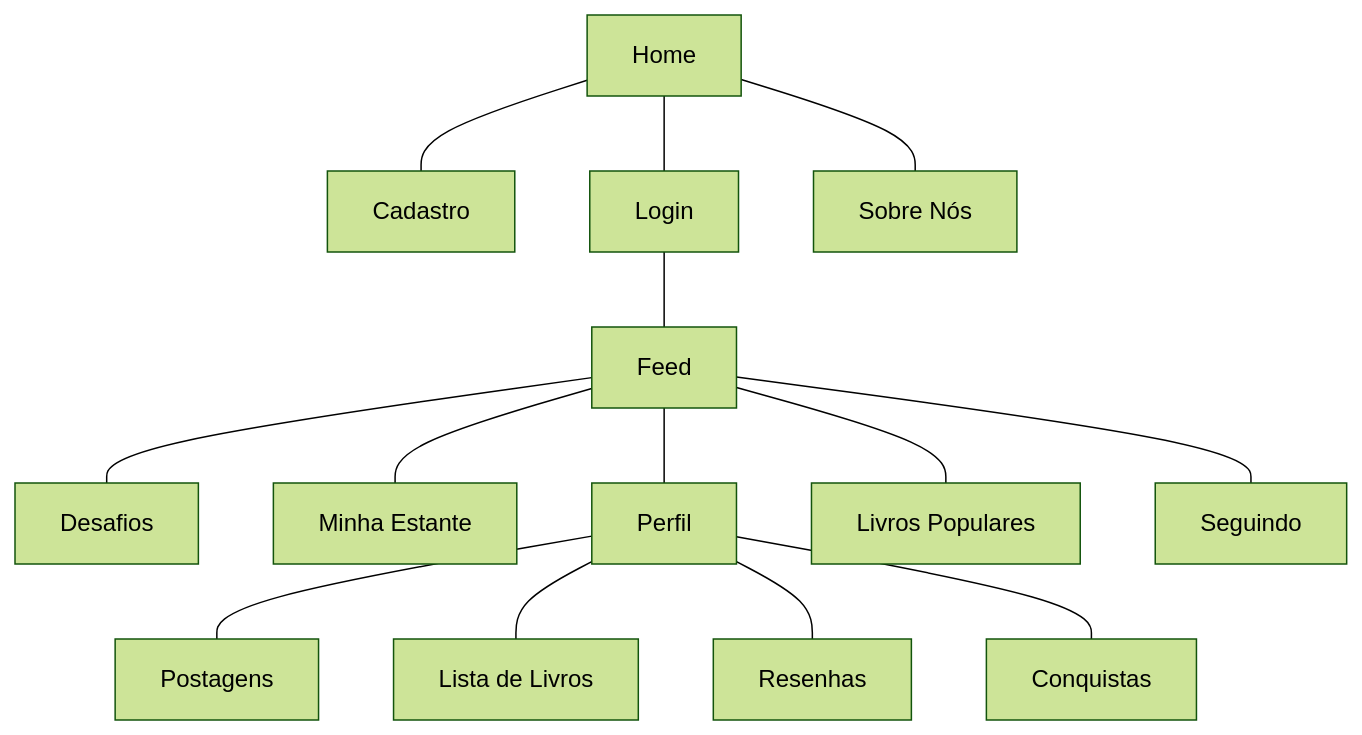
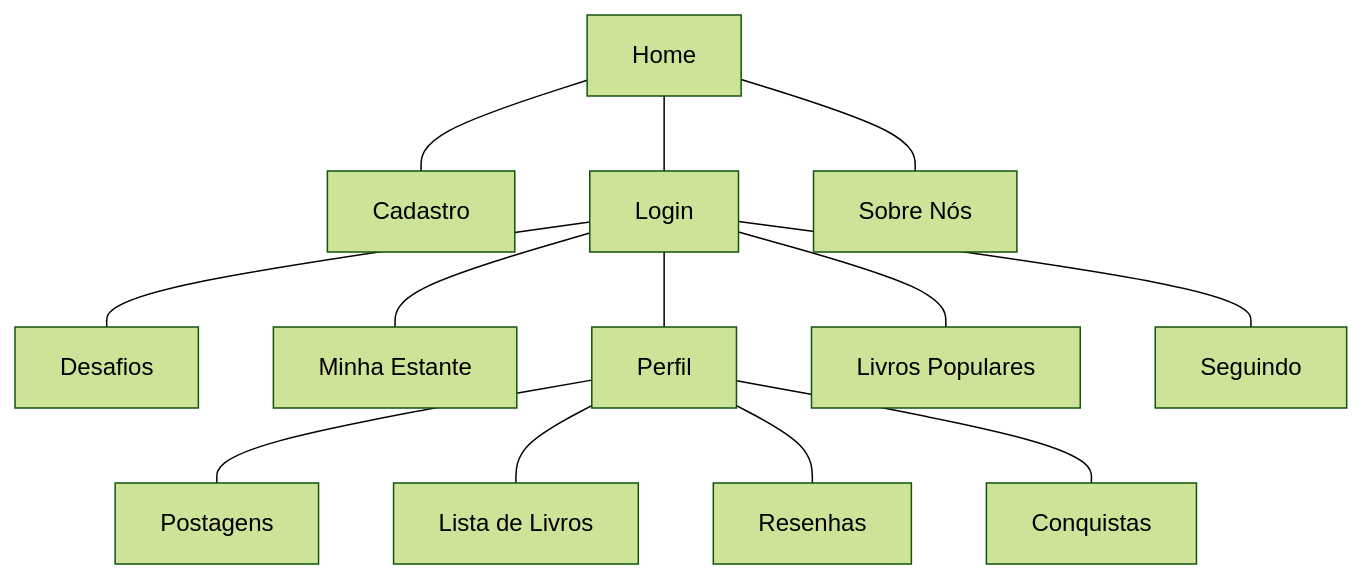
One commit to tads-cnat/pratiler changed the diagram in doc/prototipos/prototipos.md. Above: the diagram before and after it, drawn with Mermaid (forest theme).

````diff
--- a/doc/prototipos/prototipos.md
+++ b/doc/prototipos/prototipos.md
@@ -7,19 +7,18 @@
 ```mermaid
 flowchart TD
 1[Home] --- 2[Cadastro]
 1 --- 3[Login]
 1 --- 4[Sobre Nós]
 
-3 --- 5[Feed]
 
-5 --- 6[Desafios]
-5 --- 7[Minha Estante]
-5 --- 8[Perfil]
-5 --- 9[Livros Populares]
-5 --- 10[Seguindo]
+3 --- 6[Desafios]
+3 --- 7[Minha Estante]
+3 --- 8[Perfil]
+3 --- 9[Livros Populares]
+3 --- 10[Seguindo]
 
 8 --- 11[Postagens]
 8 --- 12[Lista de Livros]
 8 --- 13[Resenhas]
 8 --- 14[Conquistas]
 ```
````
